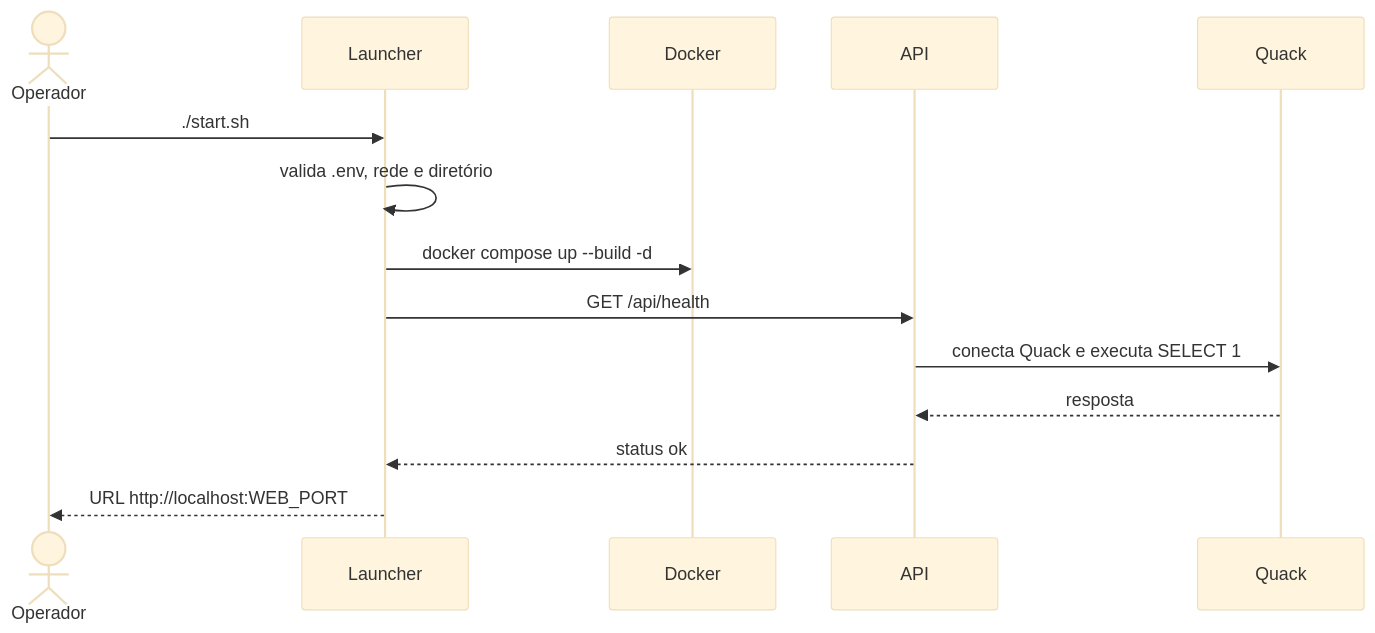
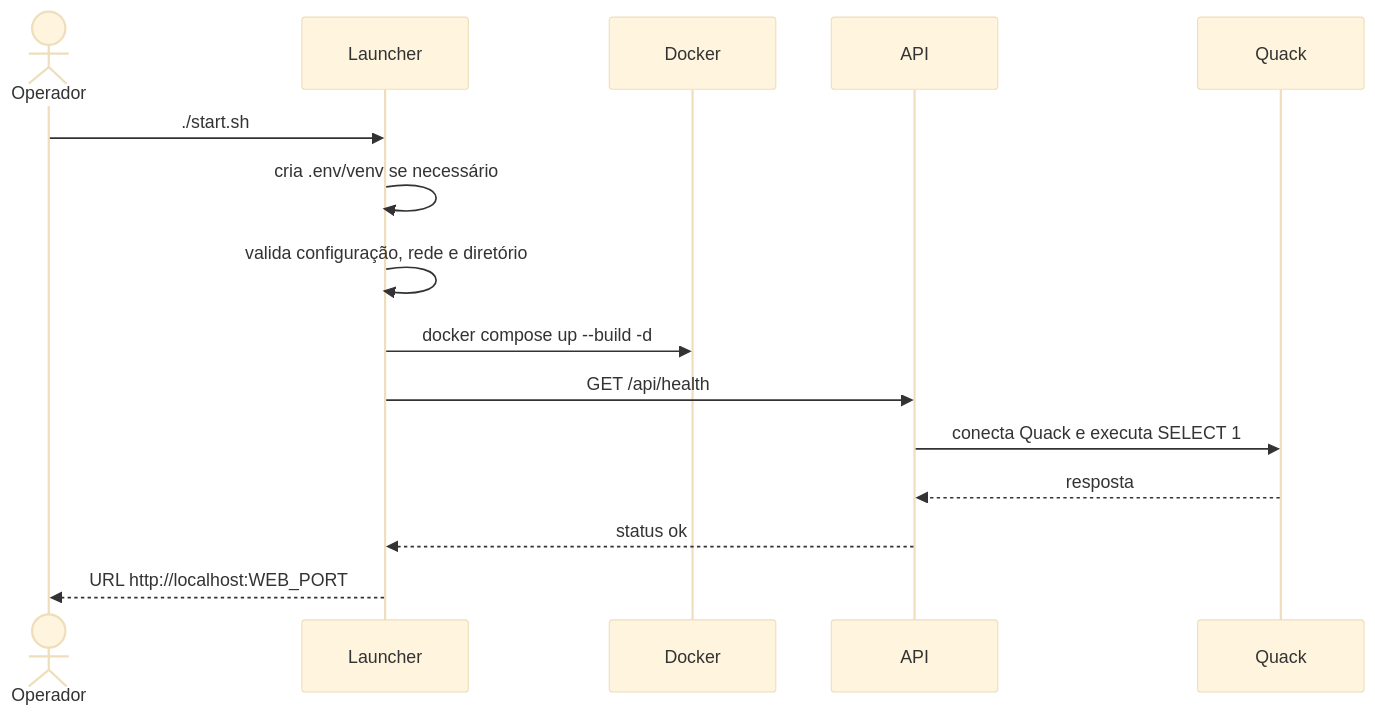
The first of 3 diagrams in B3-Web-App/docs/diagrama-sequencia.md (BiellBatista/Python.DataEngineering), drawn with Mermaid (base theme) before and after one commit. The commit also changed 20 other files, not shown here.

````diff
--- a/B3-Web-App/docs/diagrama-sequencia.md
+++ b/B3-Web-App/docs/diagrama-sequencia.md
@@ -5,17 +5,18 @@
 ```mermaid
 sequenceDiagram
     actor Operador
     participant Launcher
     participant Docker
     participant API
     participant Quack
 
     Operador->>Launcher: ./start.sh
-    Launcher->>Launcher: valida .env, rede e diretório
+    Launcher->>Launcher: cria .env/venv se necessário
+    Launcher->>Launcher: valida configuração, rede e diretório
     Launcher->>Docker: docker compose up --build -d
     Launcher->>API: GET /api/health
     API->>Quack: conecta Quack e executa SELECT 1
     Quack-->>API: resposta
     API-->>Launcher: status ok
     Launcher-->>Operador: URL http://localhost:WEB_PORT
 ```
````
